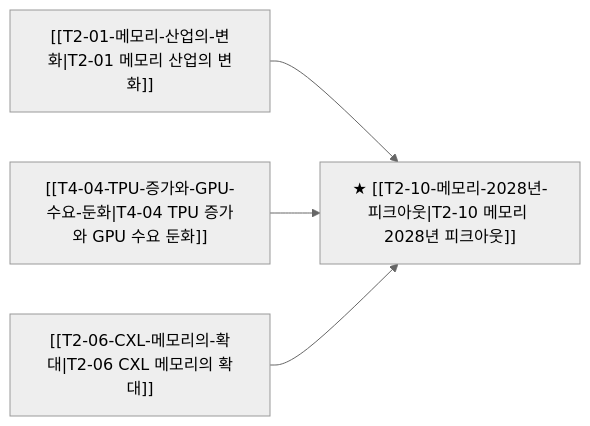
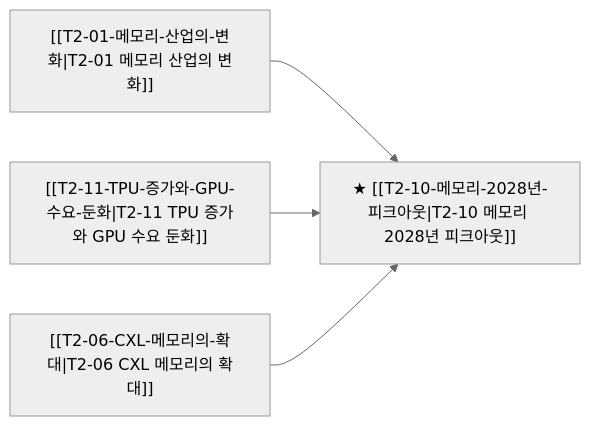
Before and after one commit to zoofighter/b_0901_Argus_pulse: the diagram in thesis/T2-10-메모리-2028년-피크아웃.md, drawn with Mermaid (neutral theme). The commit also changed other lines of this file and 94 other files, not shown here.

````diff
--- a/thesis/T2-10-메모리-2028년-피크아웃.md
+++ b/thesis/T2-10-메모리-2028년-피크아웃.md
@@ -78,6 +78,6 @@
 ```mermaid
 graph LR
     P_T_02["[[T2-01-메모리-산업의-변화|T2-01 메모리 산업의 변화]]"] --> T_T_35["★ [[T2-10-메모리-2028년-피크아웃|T2-10 메모리 2028년 피크아웃]]"]
-    P_T_06["[[T4-04-TPU-증가와-GPU-수요-둔화|T4-04 TPU 증가와 GPU 수요 둔화]]"] --> T_T_35["★ [[T2-10-메모리-2028년-피크아웃|T2-10 메모리 2028년 피크아웃]]"]
+    P_T_06["[[T2-11-TPU-증가와-GPU-수요-둔화|T2-11 TPU 증가와 GPU 수요 둔화]]"] --> T_T_35["★ [[T2-10-메모리-2028년-피크아웃|T2-10 메모리 2028년 피크아웃]]"]
     P_T_07["[[T2-06-CXL-메모리의-확대|T2-06 CXL 메모리의 확대]]"] --> T_T_35["★ [[T2-10-메모리-2028년-피크아웃|T2-10 메모리 2028년 피크아웃]]"]
 ```
````
